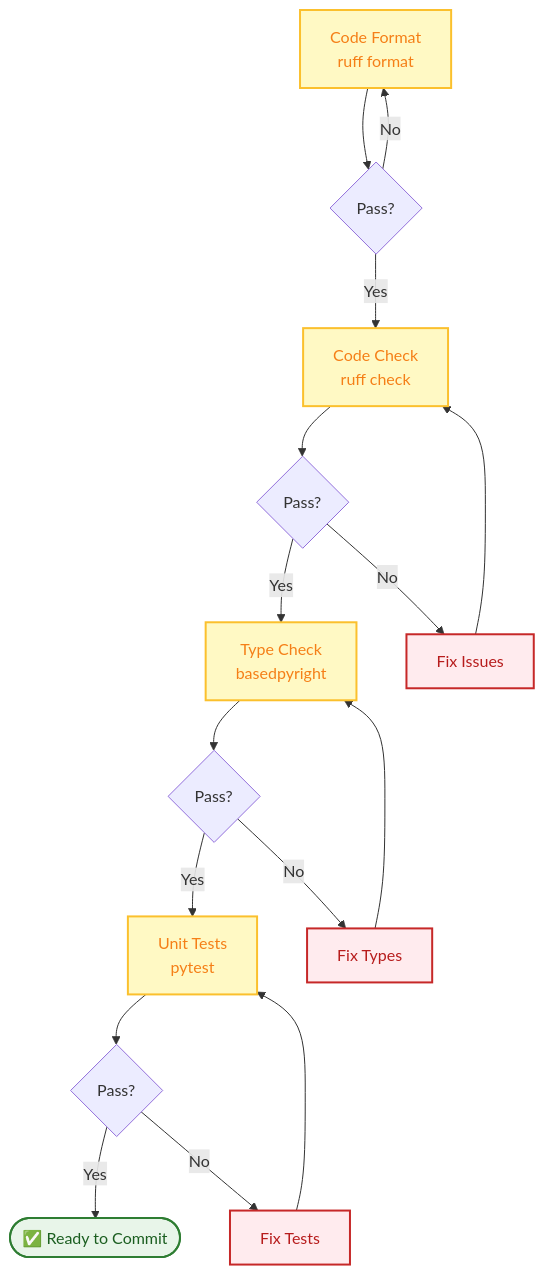
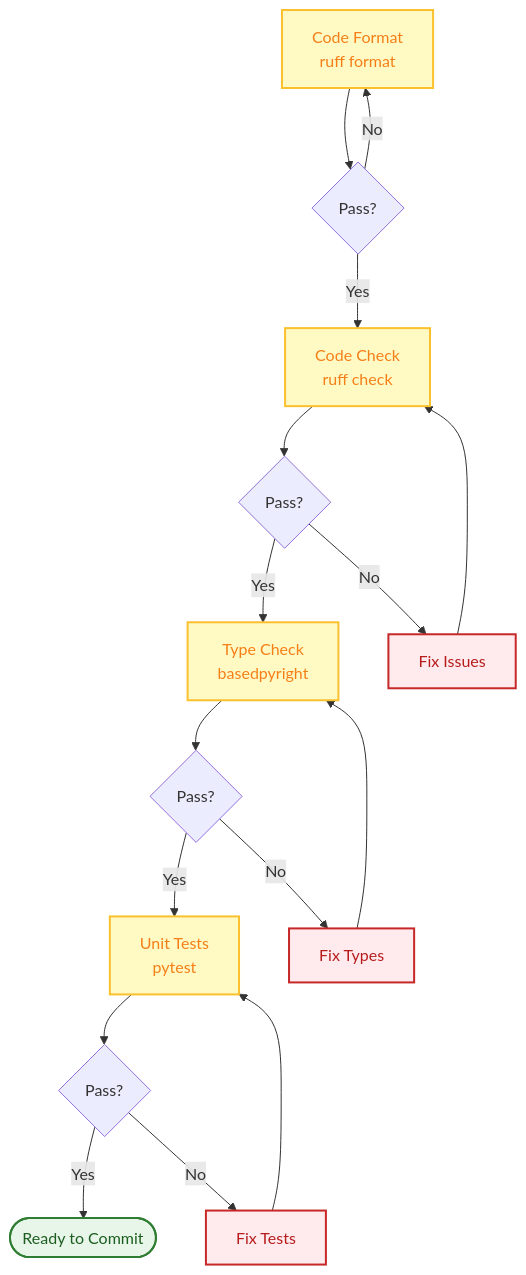
One commit to xt765/FinchBot changed the second of 3 diagrams in docs/en-US/contributing.md. Above: the diagram before and after it, drawn with Mermaid. The commit also changed other lines of this file and 18 other files, not shown here.

First line of the commit message:
docs: 简化架构图并删除所有mermaid图中的表情包

````diff
--- a/docs/en-US/contributing.md
+++ b/docs/en-US/contributing.md
@@ -73,23 +72,22 @@
 ```mermaid
 flowchart TD
-    %% Style Definitions
     classDef check fill:#fff9c4,stroke:#fbc02d,stroke-width:2px,color:#f57f17;
     classDef pass fill:#e8f5e9,stroke:#2e7d32,stroke-width:2px,color:#1b5e20;
     classDef fail fill:#ffebee,stroke:#c62828,stroke-width:2px,color:#b71c1c;
 
     A[Code Format<br/>ruff format]:::check --> B{Pass?}
     B -->|Yes| C[Code Check<br/>ruff check]:::check
     B -->|No| A
     C --> D{Pass?}
     D -->|Yes| E[Type Check<br/>basedpyright]:::check
     D -->|No| F[Fix Issues]:::fail
     F --> C
     E --> G{Pass?}
     G -->|Yes| H[Unit Tests<br/>pytest]:::check
     G -->|No| I[Fix Types]:::fail
     I --> E
     H --> J{Pass?}
-    J -->|Yes| K([✅ Ready to Commit]):::pass
+    J -->|Yes| K([Ready to Commit]):::pass
     J -->|No| L[Fix Tests]:::fail
     L --> H
 ```
````
